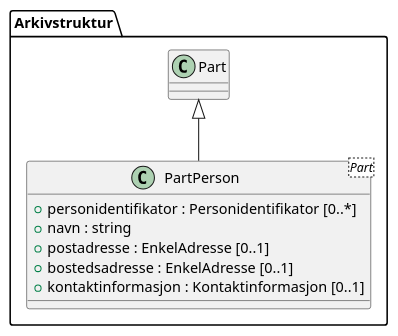
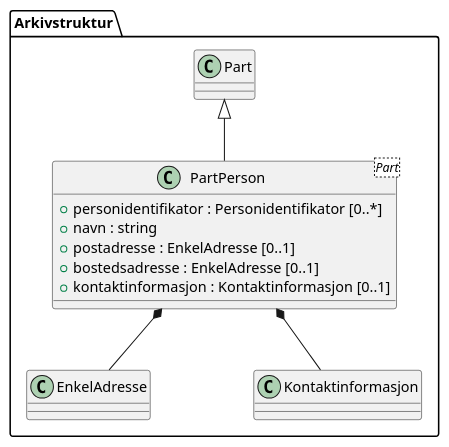
One commit to arkivverket/noark5-tjenestegrensesnitt-standard changed the diagram in kapitler/media/uml-class-partperson.puml. Above: the diagram before and after it, drawn with PlantUML. The commit also changed 12 other files, not shown here.

Commit message:
Oppdater UML-diagram med relasjon til innbakte entiteter.

```diff
--- a/kapitler/media/uml-class-partperson.puml
+++ b/kapitler/media/uml-class-partperson.puml
@@ -1,11 +1,13 @@
 @startuml
 skinparam nodesep 100
 class Arkivstruktur.PartPerson <Part> {
   +personidentifikator : Personidentifikator [0..*]
   +navn : string
   +postadresse : EnkelAdresse [0..1]
   +bostedsadresse : EnkelAdresse [0..1]
   +kontaktinformasjon : Kontaktinformasjon [0..1]
 }
 Arkivstruktur.Part <|-- Arkivstruktur.PartPerson
+Arkivstruktur.PartPerson *-- Arkivstruktur.EnkelAdresse
+Arkivstruktur.PartPerson *-- Arkivstruktur.Kontaktinformasjon
 @enduml
```
